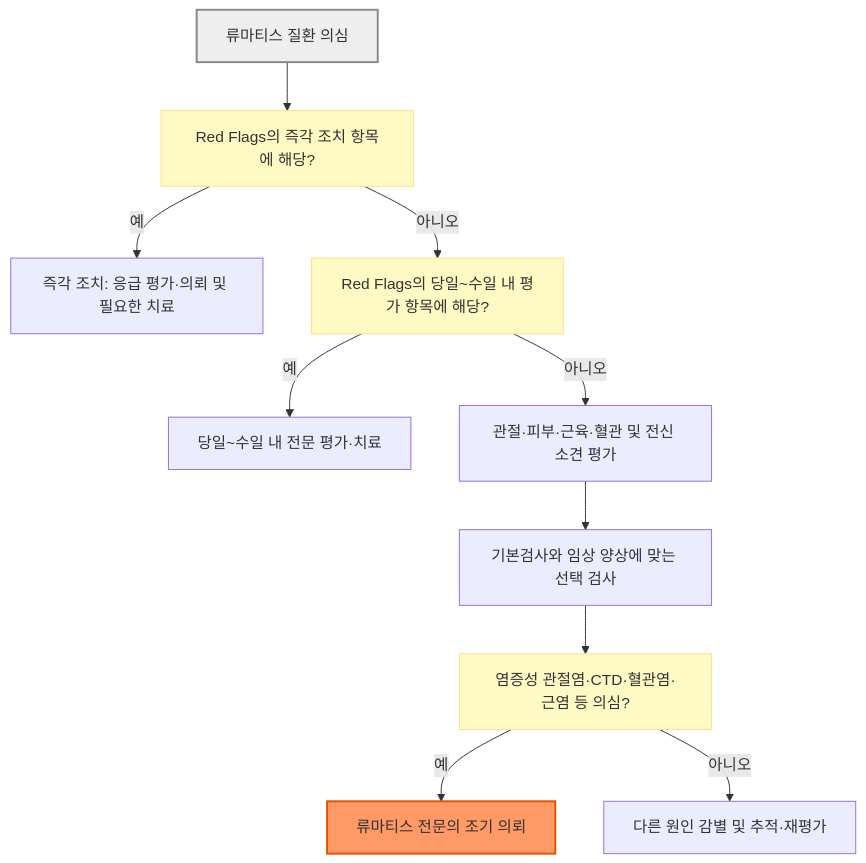
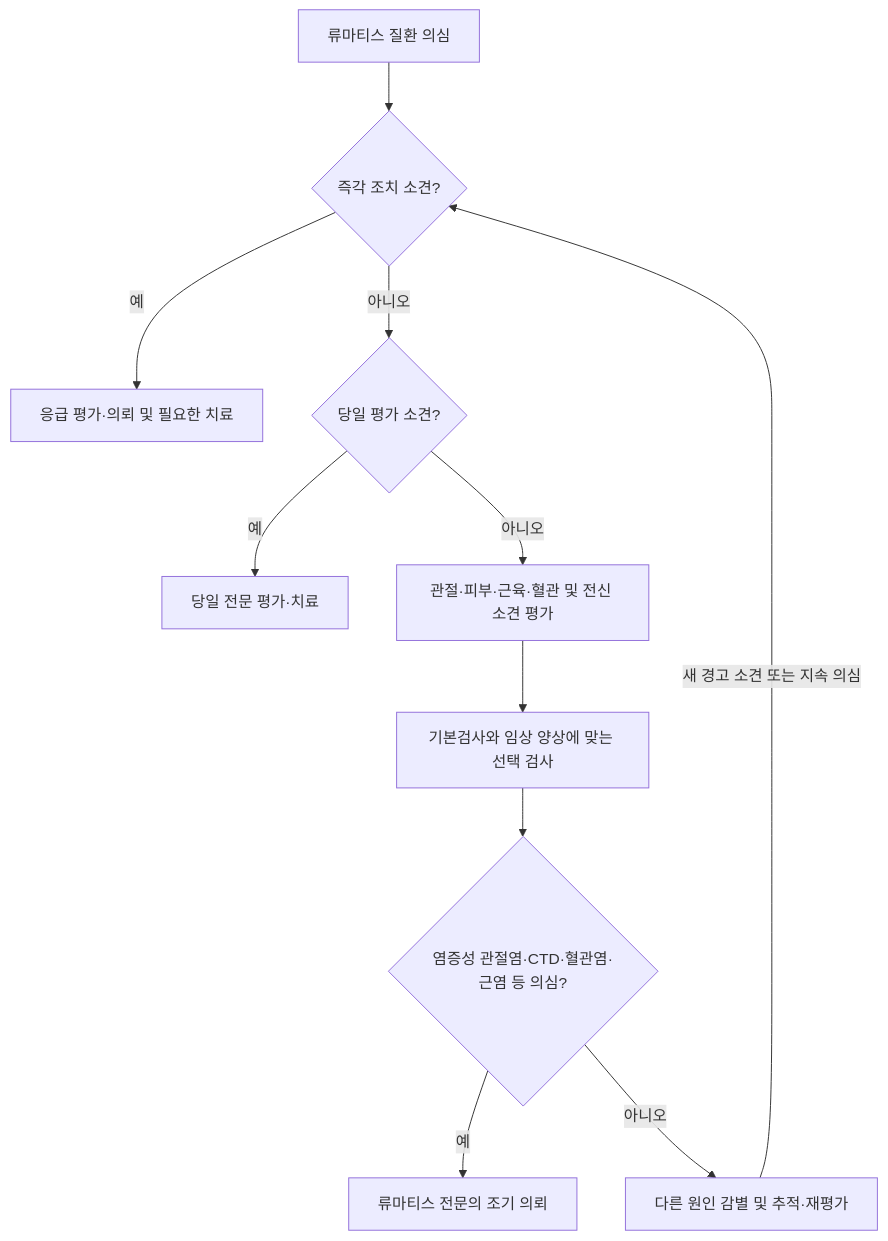
One commit to familyoh77/familyoh77 changed the diagram in 228_/150_-rheumatoid-disease.md. Above: the diagram before and after it, drawn with Mermaid. The commit also changed other lines of this file and 9 other files, not shown here.

````diff
--- a/228_/150_-rheumatoid-disease.md
+++ b/228_/150_-rheumatoid-disease.md
@@ -142,17 +142,13 @@
 ```mermaid
 flowchart TD
-    A["류마티스 질환 의심"] --> B["Red Flags의 즉각 조치 항목에 해당?"]
-    B -- "예" --> C["즉각 조치: 응급 평가·의뢰 및 필요한 치료"]
-    B -- "아니오" --> D["Red Flags의 당일~수일 내 평가 항목에 해당?"]
-    D -- "예" --> E["당일~수일 내 전문 평가·치료"]
-    D -- "아니오" --> F["관절·피부·근육·혈관 및 전신 소견 평가"]
+    A["류마티스 질환 의심"] --> B{"즉각 조치 소견?"}
+    B -->|예| C["응급 평가·의뢰 및 필요한 치료"]
+    B -->|아니오| D{"당일 평가 소견?"}
+    D -->|예| E["당일 전문 평가·치료"]
+    D -->|아니오| F["관절·피부·근육·혈관 및 전신 소견 평가"]
     F --> G["기본검사와 임상 양상에 맞는 선택 검사"]
-    G --> H["염증성 관절염·CTD·혈관염·근염 등 의심?"]
-    H -- "예" --> I["류마티스 전문의 조기 의뢰"]
-    H -- "아니오" --> J["다른 원인 감별 및 추적·재평가"]
-
-    classDef question fill:#fff9c4,stroke:#ffe082
-    class B,D,H question
-    style A fill:#eeeeee,stroke:#888888,stroke-width:2px
-    style I fill:#f96,stroke:#e65100,stroke-width:2px
+    G --> H{"염증성 관절염·CTD·혈관염·근염 등 의심?"}
+    H -->|예| I["류마티스 전문의 조기 의뢰"]
+    H -->|아니오| J["다른 원인 감별 및 추적·재평가"]
+    J -->|새 경고 소견 또는 지속 의심| B
 ```
````
